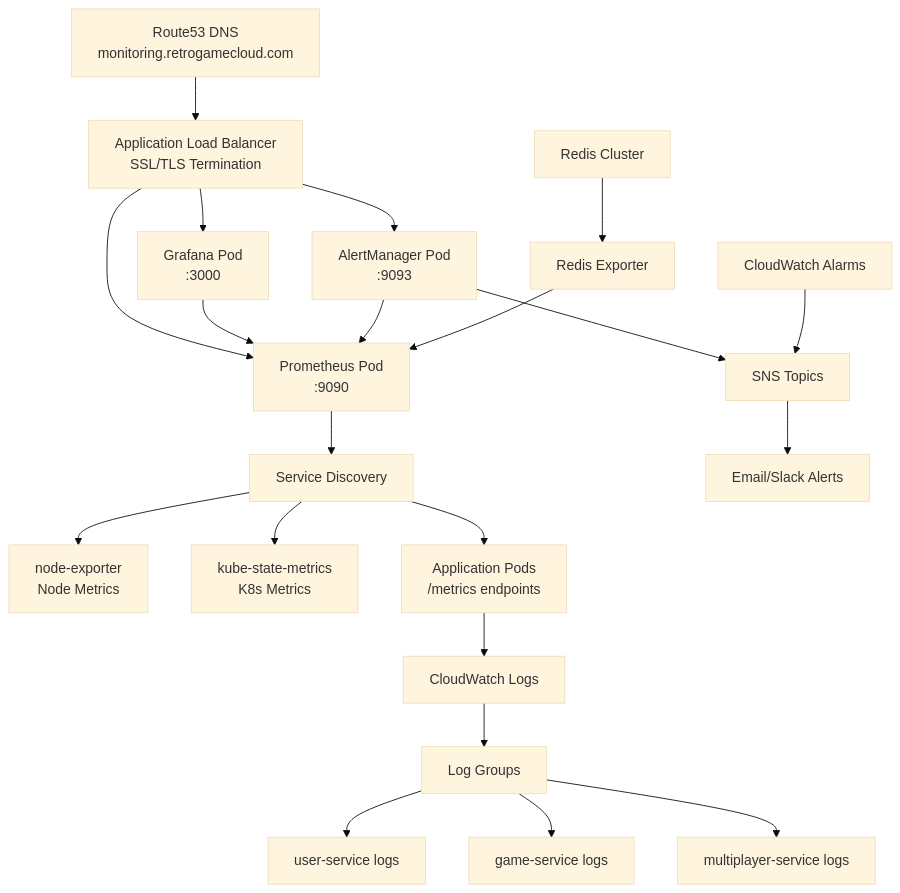
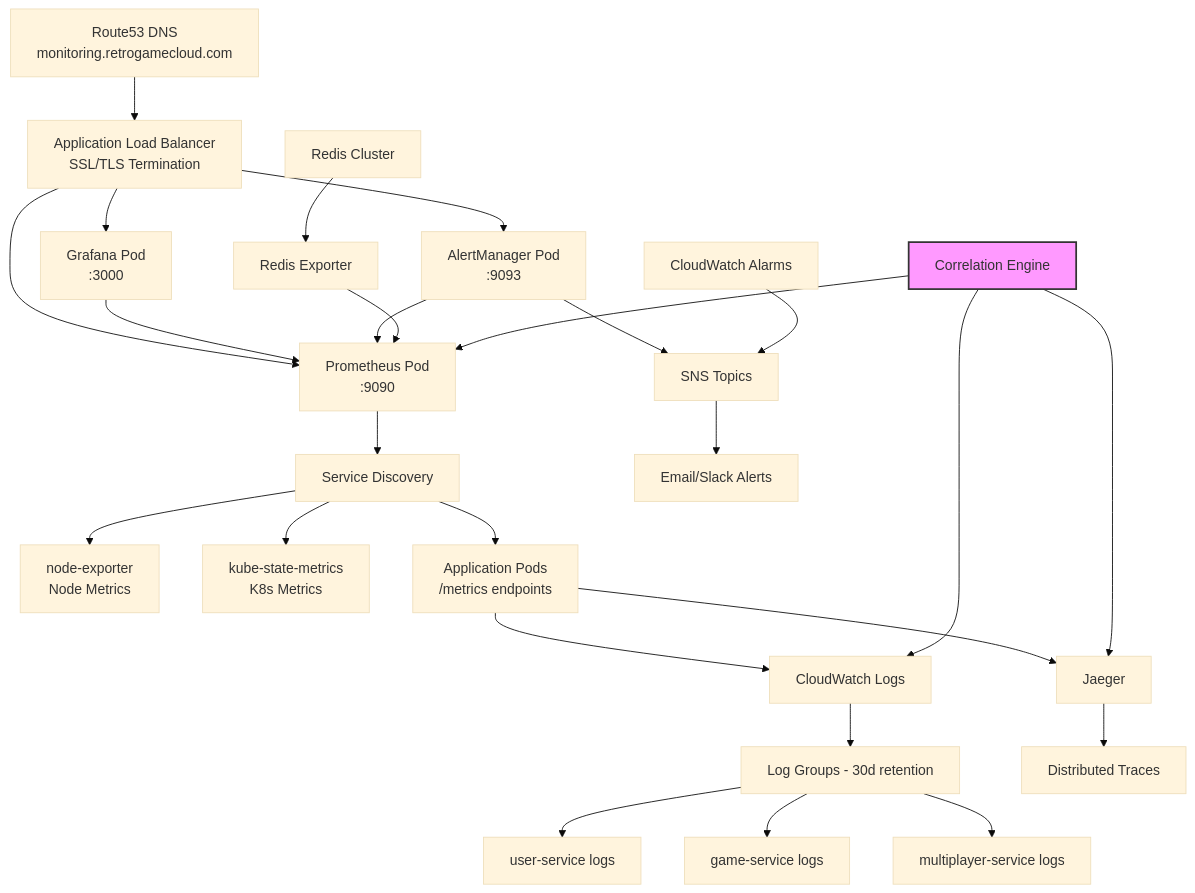
One commit to retrogamecloud/docs changed the diagram in infrastructure/monitoring.mdx. Above: the diagram before and after it, drawn with Mermaid (base theme). The commit also changed other lines of this file and 33 other files, not shown here.

````diff
--- a/infrastructure/monitoring.mdx
+++ b/infrastructure/monitoring.mdx
@@ -39,28 +39,36 @@
 ```mermaid
 graph TD
     A[Route53 DNS<br/>monitoring.retrogamecloud.com] --> B[Application Load Balancer<br/>SSL/TLS Termination]
     B --> C[Grafana Pod<br/>:3000]
     B --> D[Prometheus Pod<br/>:9090]
     B --> E[AlertManager Pod<br/>:9093]
 
     D --> F[Service Discovery]
     F --> G[node-exporter<br/>Node Metrics]
     F --> H[kube-state-metrics<br/>K8s Metrics]
     F --> I[Application Pods<br/>/metrics endpoints]
 
-    J[CloudWatch Logs] --> K[Log Groups]
+    J[CloudWatch Logs] --> K[Log Groups - 30d retention]
     K --> L[user-service logs]
     K --> M[game-service logs]
     K --> N[multiplayer-service logs]
 
     C --> D
     E --> D
     E --> O[SNS Topics]
     O --> P[Email/Slack Alerts]
 
     Q[CloudWatch Alarms] --> O
     I --> J
 
     R[Redis Exporter] --> D
     S[Redis Cluster] --> R
+
+    T[Jaeger] --> U[Distributed Traces]
+    I --> T
+    V[Correlation Engine] --> J
+    V --> D
+    V --> T
+
+    style V fill:#f9f,stroke:#333,stroke-width:2px
 ```
````
